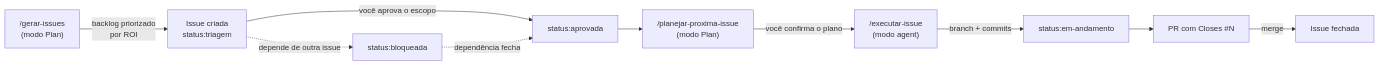
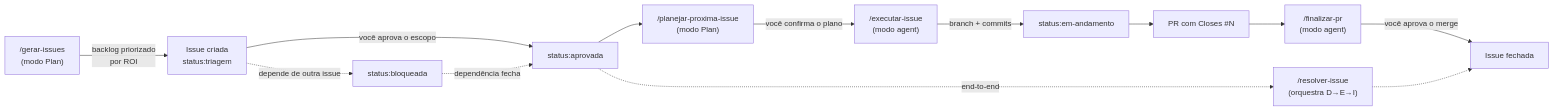
Before and after one commit to LeoCunhaLabz/powerlifting-app: the diagram in .github/prompts/README.md, drawn with Mermaid. The commit also changed other lines of this file and 2 other files, not shown here.

Commit message:
feat(prompts): update issue lifecycle prompts and add finalization orchestration

````diff
--- a/.github/prompts/README.md
+++ b/.github/prompts/README.md
@@ -19,12 +20,15 @@
 ```mermaid
 flowchart LR
     A["/gerar-issues<br/>(modo Plan)"] -->|"backlog priorizado<br/>por ROI"| B["Issue criada<br/>status:triagem"]
     B -->|"você aprova o escopo"| C["status:aprovada"]
     C --> D["/planejar-proxima-issue<br/>(modo Plan)"]
     D -->|"você confirma o plano"| E["/executar-issue<br/>(modo agent)"]
     E -->|"branch + commits"| F["status:em-andamento"]
     F --> G["PR com Closes #N"]
-    G -->|"merge"| H["Issue fechada"]
+    G --> I["/finalizar-pr<br/>(modo agent)"]
+    I -->|"você aprova o merge"| H["Issue fechada"]
     B -. "depende de outra issue" .-> X["status:bloqueada"]
     X -. "dependência fecha" .-> C
+    C -. "end-to-end" .-> O["/resolver-issue<br/>(orquestra D→E→I)"]
+    O -.-> H
 ```
````
